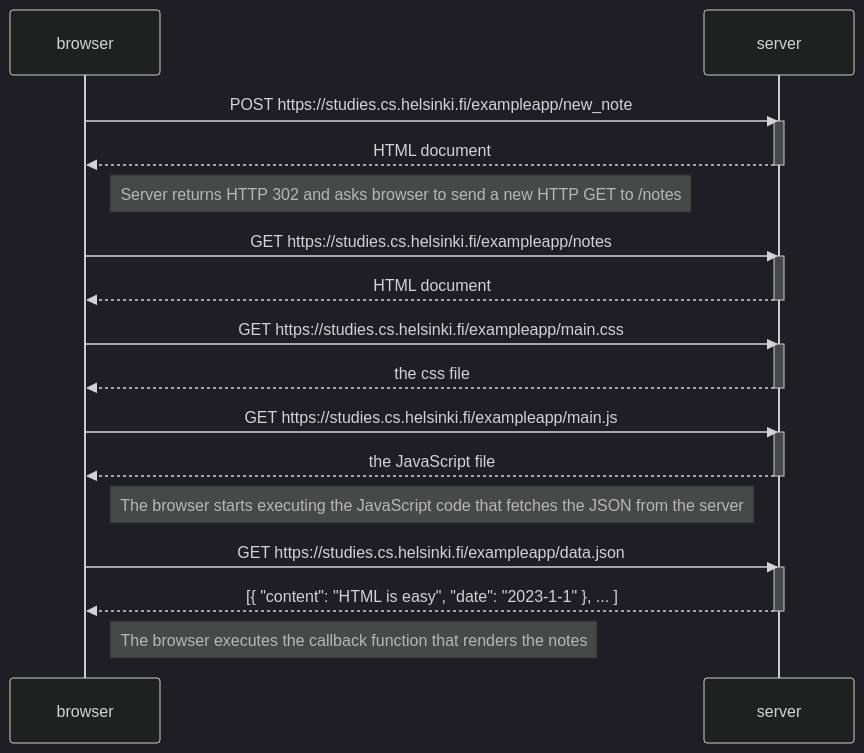
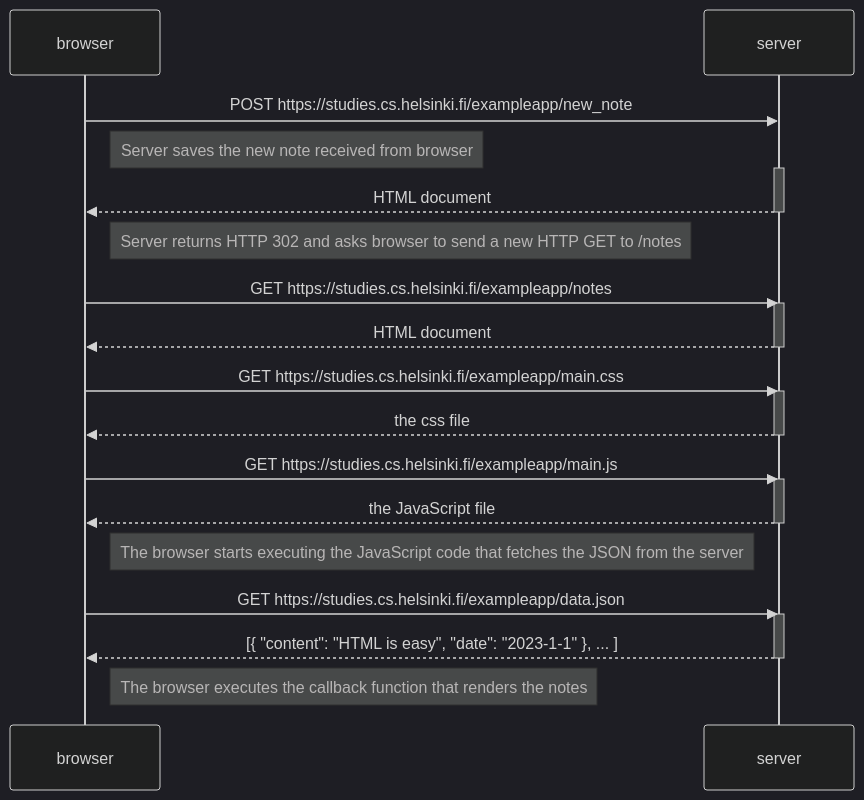
One commit to joonaspaavola/FullStackMOOC changed the diagram in Osa-0/0.4 Uusi muistiinpano.md. Above: the diagram before and after it, drawn with Mermaid (dark theme).

Commit message:
Update 0.4 Uusi muistiinpano.md

````diff
--- a/Osa-0/0.4 Uusi muistiinpano.md
+++ b/Osa-0/0.4 Uusi muistiinpano.md
@@ -1,36 +1,39 @@
 ```mermaid
 sequenceDiagram
     participant browser
     participant server
 
     browser->>server: POST https://studies.cs.helsinki.fi/exampleapp/new_note
+
+    Note right of browser: Server saves the new note received from browser
+
     activate server
     server-->>browser: HTML document
     deactivate server
 
     Note right of browser: Server returns HTTP 302 and asks browser to send a new HTTP GET to /notes
 
     browser->>server: GET https://studies.cs.helsinki.fi/exampleapp/notes
     activate server
     server-->>browser: HTML document
     deactivate server
     
     browser->>server: GET https://studies.cs.helsinki.fi/exampleapp/main.css
     activate server
     server-->>browser: the css file
     deactivate server
     
     browser->>server: GET https://studies.cs.helsinki.fi/exampleapp/main.js
     activate server
     server-->>browser: the JavaScript file
     deactivate server
 
     Note right of browser: The browser starts executing the JavaScript code that fetches the JSON from the server
     
     browser->>server: GET https://studies.cs.helsinki.fi/exampleapp/data.json
     activate server
     server-->>browser: [{ "content": "HTML is easy", "date": "2023-1-1" }, ... ]
     deactivate server    
 
     Note right of browser: The browser executes the callback function that renders the notes
 ```
````
